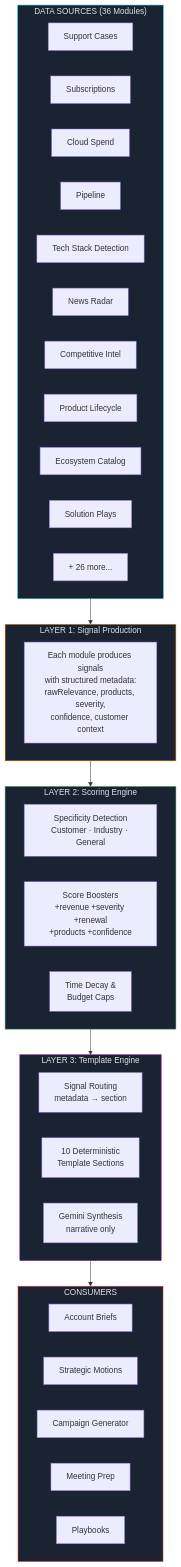
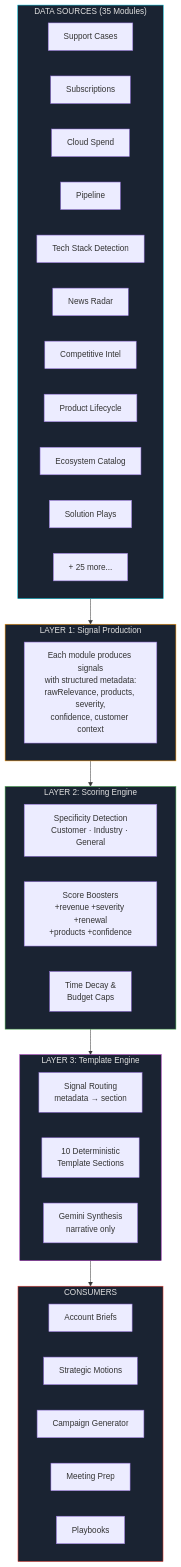
One commit to hornjason/daily-brief-dashboard changed the first of 3 diagrams in README.md. Above: the diagram before and after it, drawn with Mermaid. The commit also changed other lines of this file and 2 other files, not shown here.

````diff
--- a/README.md
+++ b/README.md
@@ -170,54 +171,54 @@
 ```mermaid
 flowchart TD
-    subgraph Sources["DATA SOURCES (36 Modules)"]
+    subgraph Sources["DATA SOURCES (35 Modules)"]
         S1[Support Cases]
         S2[Subscriptions]
         S3[Cloud Spend]
         S4[Pipeline]
         S5[Tech Stack Detection]
         S6[News Radar]
         S7[Competitive Intel]
         S8[Product Lifecycle]
         S9[Ecosystem Catalog]
         S10[Solution Plays]
-        S11["+ 26 more..."]
+        S11["+ 25 more..."]
     end
 
     subgraph Layer1["LAYER 1: Signal Production"]
         direction LR
         L1[Each module produces signals<br/>with structured metadata:<br/>rawRelevance, products, severity,<br/>confidence, customer context]
     end
 
     subgraph Layer2["LAYER 2: Scoring Engine"]
         direction LR
         L2A[Specificity Detection<br/>Customer · Industry · General]
         L2B[Score Boosters<br/>+revenue +severity +renewal<br/>+products +confidence]
         L2C[Time Decay &<br/>Budget Caps]
     end
 
     subgraph Layer3["LAYER 3: Template Engine"]
         direction LR
         L3A[Signal Routing<br/>metadata → section]
         L3B[10 Deterministic<br/>Template Sections]
         L3C[Gemini Synthesis<br/>narrative only]
     end
 
     subgraph Consumers["CONSUMERS"]
         C1[Account Briefs]
         C2[Strategic Motions]
         C3[Campaign Generator]
         C4[Meeting Prep]
         C5[Playbooks]
     end
 
     Sources --> Layer1
     Layer1 --> Layer2
     Layer2 --> Layer3
     Layer3 --> Consumers
 
     style Sources fill:#1a2332,stroke:#00bcd4,color:#e0e0e0
     style Layer1 fill:#1a2332,stroke:#ff9800,color:#e0e0e0
     style Layer2 fill:#1a2332,stroke:#4caf50,color:#e0e0e0
     style Layer3 fill:#1a2332,stroke:#9c27b0,color:#e0e0e0
     style Consumers fill:#1a2332,stroke:#f44336,color:#e0e0e0
 ```
````
